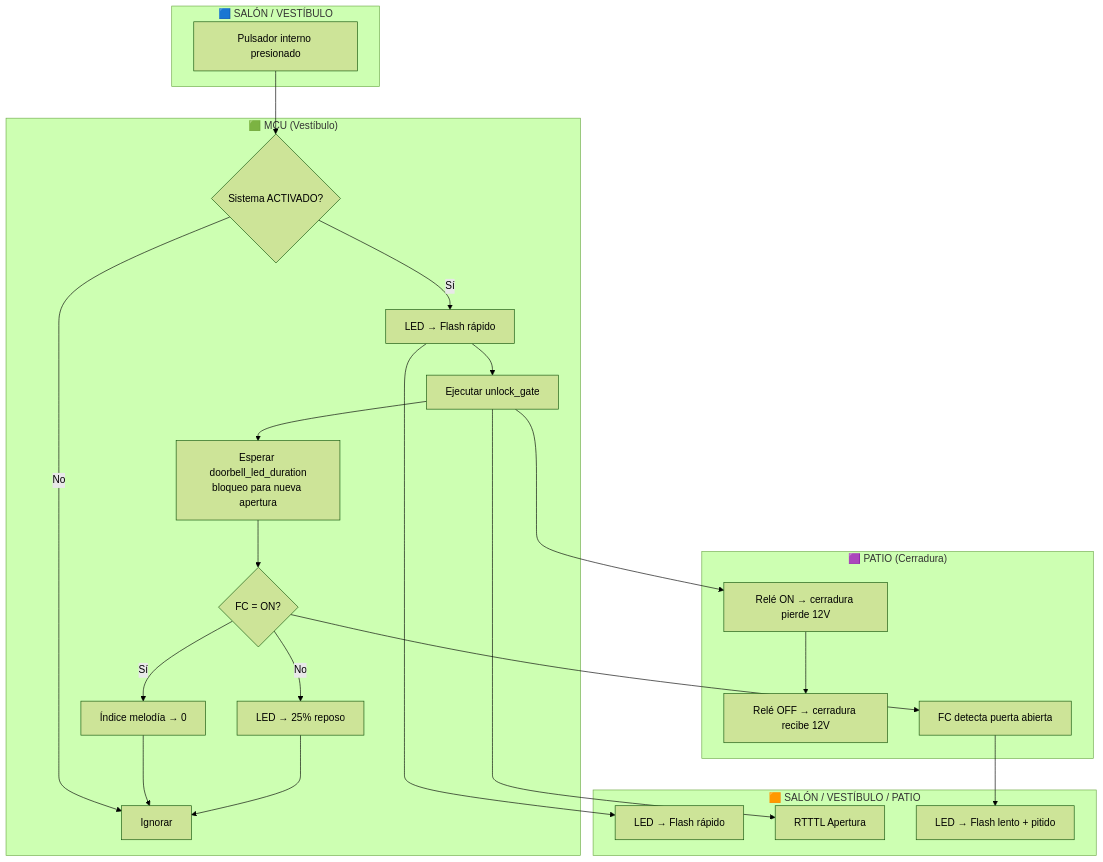
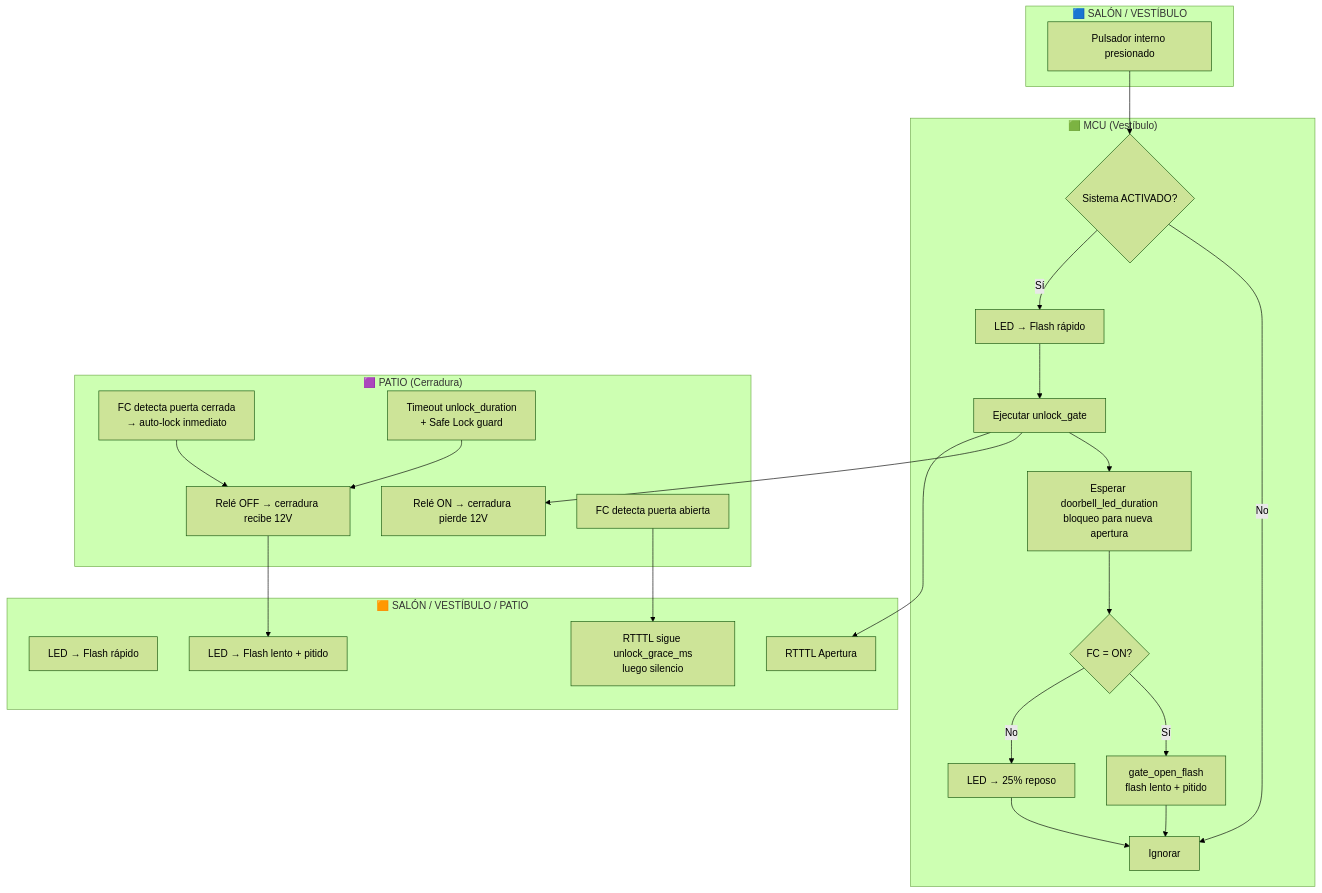
One commit to abelbour/Abrepuertas changed the ninth of 11 diagrams in README.md. Above: the diagram before and after it, drawn with Mermaid (forest theme). The commit also changed other lines of this file, not shown here.

Commit message:
Doc: unlock_gate, internal_press, safe lock swimlanes y definiciones actualizadas

````diff
--- a/README.md
+++ b/README.md
@@ -605,39 +613,42 @@
 ```mermaid
 flowchart TD
     subgraph Int["🟦 SALÓN / VESTÍBULO"]
         PULS[Pulsador interno presionado]
     end
 
     subgraph MCU["🟩 MCU (Vestíbulo)"]
         A{"Sistema ACTIVADO?"}
         A -- No --> FIN_INT[Ignorar]
         A -- Sí --> LEDON[LED → Flash rápido]
         LEDON --> UNLOCK[Ejecutar unlock_gate]
         UNLOCK --> COOLDOWN[Esperar doorbell_led_duration<br/>bloqueo para nueva apertura]
         COOLDOWN --> CHECK{FC = ON?}
-        CHECK -- Sí --> RESET[Índice melodía → 0]
+        CHECK -- Sí --> FLASH[gate_open_flash<br/>flash lento + pitido]
         CHECK -- No --> IDLE[LED → 25% reposo]
-        RESET --> FIN_INT
+        FLASH --> FIN_INT
         IDLE --> FIN_INT
     end
 
     subgraph LOCK["🟪 PATIO (Cerradura)"]
         RELE[Relé ON → cerradura pierde 12V]
         RELE2[Relé OFF → cerradura recibe 12V]
-        FC[FC detecta puerta abierta]
+        ABRE[FC detecta puerta abierta]
+        CIERRA[FC detecta puerta cerrada<br/>→ auto-lock inmediato]
+        TIMEOUT[Timeout unlock_duration<br/>+ Safe Lock guard]
     end
 
     subgraph PAN["🟧 SALÓN / VESTÍBULO / PATIO"]
         LED[LED → Flash rápido]
         BEEP[RTTTL Apertura]
+        GRACE[RTTTL sigue unlock_grace_ms<br/>luego silencio]
         LED2[LED → Flash lento + pitido]
     end
 
     PULS --> A
     UNLOCK --> RELE
     UNLOCK --> BEEP
-    LEDON --> LED
-    RELE --> RELE2
-    CHECK --> FC
-    FC --> LED2
+    ABRE --> GRACE
+    CIERRA --> RELE2
+    TIMEOUT --> RELE2
+    RELE2 --> LED2
 ```
````
